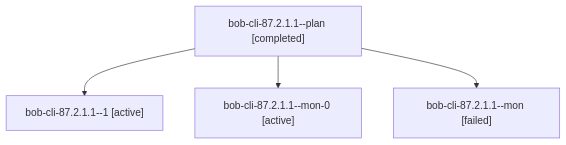
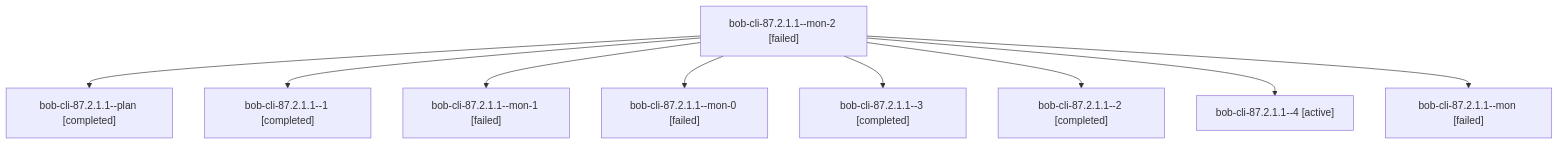
Before and after one commit to bobs-org/bob-cli--agents: the diagram in sessions/bbugyi200.athena.bob-cli-87.2.1.1.md, drawn with Mermaid. The commit also changed other lines of this file and 68 other files, not shown here.

````diff
--- a/sessions/bbugyi200.athena.bob-cli-87.2.1.1.md
+++ b/sessions/bbugyi200.athena.bob-cli-87.2.1.1.md
@@ -9,10 +9,20 @@
 ```mermaid
 flowchart TD
-  n0["bob-cli-87.2.1.1--plan [completed]"]
-  n1["bob-cli-87.2.1.1--1 [active]"]
+  n0["bob-cli-87.2.1.1--mon-2 [failed]"]
+  n1["bob-cli-87.2.1.1--plan [completed]"]
   n0 --> n1
-  n2["bob-cli-87.2.1.1--mon-0 [active]"]
+  n2["bob-cli-87.2.1.1--1 [completed]"]
   n0 --> n2
-  n3["bob-cli-87.2.1.1--mon [failed]"]
+  n3["bob-cli-87.2.1.1--mon-1 [failed]"]
   n0 --> n3
+  n4["bob-cli-87.2.1.1--mon-0 [failed]"]
+  n0 --> n4
+  n5["bob-cli-87.2.1.1--3 [completed]"]
+  n0 --> n5
+  n6["bob-cli-87.2.1.1--2 [completed]"]
+  n0 --> n6
+  n7["bob-cli-87.2.1.1--4 [active]"]
+  n0 --> n7
+  n8["bob-cli-87.2.1.1--mon [failed]"]
+  n0 --> n8
 ```
````
